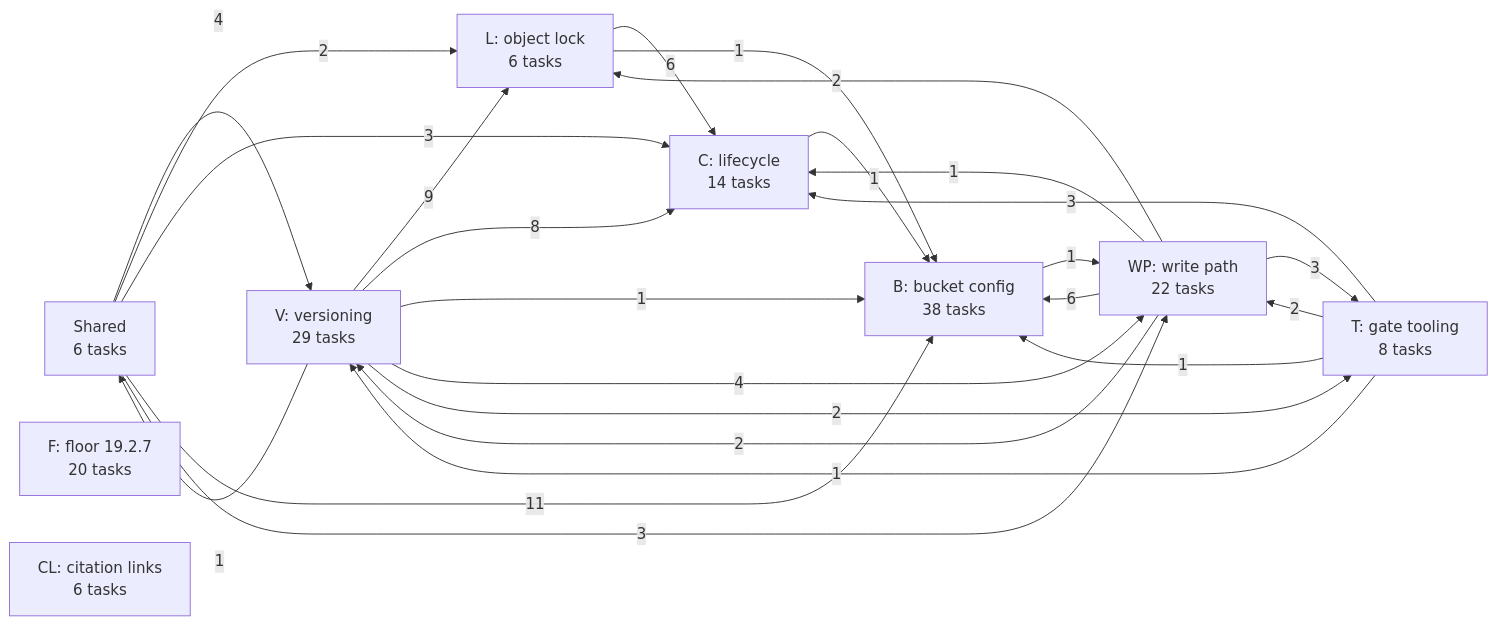
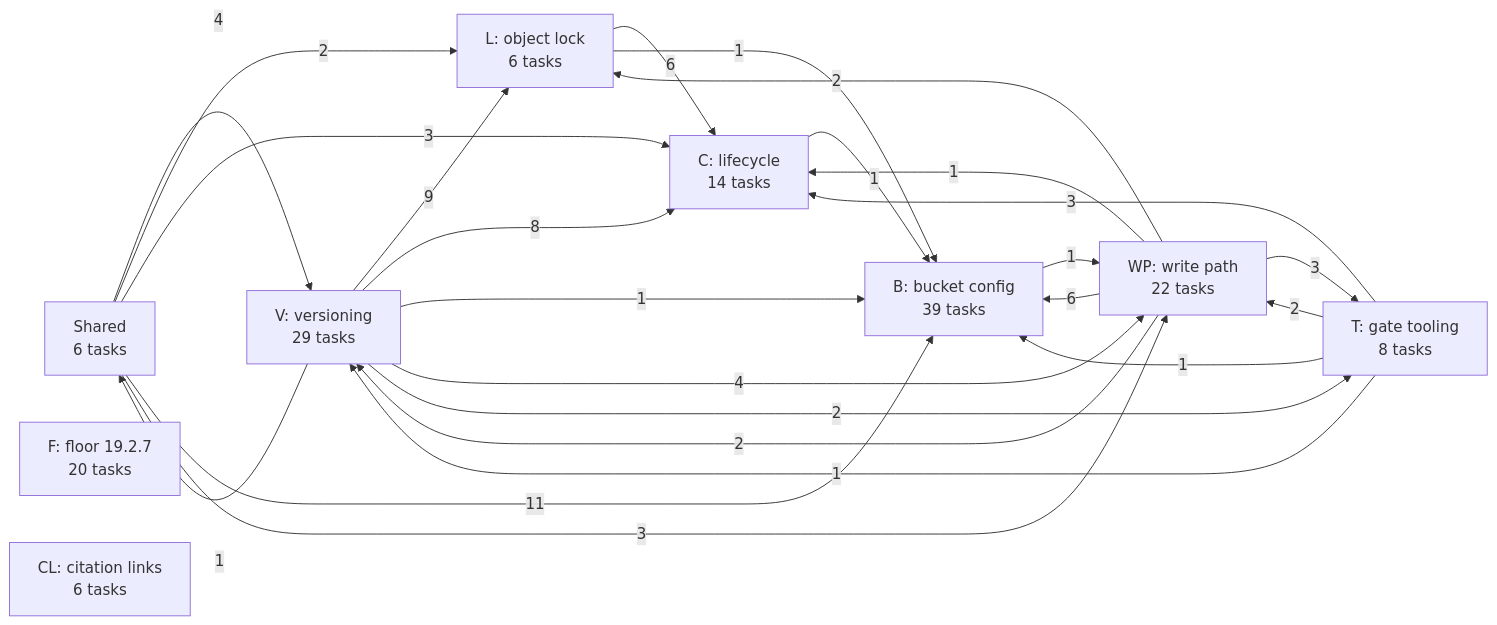
Before and after one commit to jhoblitt/rgw-go: the first of 10 diagrams in docs/superpowers/plans/2026-10-13-phase-2/dependencies.md, drawn with Mermaid. The commit also changed other lines of this file, not shown here.

First line of the commit message:
docs(plan): regenerate the phase 2 dependency graph for BC-35

````diff
--- a/docs/superpowers/plans/2026-10-13-phase-2/dependencies.md
+++ b/docs/superpowers/plans/2026-10-13-phase-2/dependencies.md
@@ -13,36 +13,36 @@
 ```mermaid
 flowchart LR
   u_S["Shared<br/>6 tasks"]
   u_F["F: floor 19.2.7<br/>20 tasks"]
   u_V["V: versioning<br/>29 tasks"]
   u_L["L: object lock<br/>6 tasks"]
   u_C["C: lifecycle<br/>14 tasks"]
-  u_B["B: bucket config<br/>38 tasks"]
+  u_B["B: bucket config<br/>39 tasks"]
   u_WP["WP: write path<br/>22 tasks"]
   u_T["T: gate tooling<br/>8 tasks"]
   u_CL["CL: citation links<br/>6 tasks"]
   u_S -->|4| u_V
   u_S -->|2| u_L
   u_S -->|3| u_C
   u_S -->|11| u_B
   u_S -->|3| u_WP
   u_V -->|1| u_S
   u_V -->|9| u_L
   u_V -->|8| u_C
   u_V -->|1| u_B
   u_V -->|4| u_WP
   u_V -->|2| u_T
   u_L -->|6| u_C
   u_L -->|1| u_B
   u_C -->|1| u_B
   u_B -->|1| u_WP
   u_WP -->|2| u_V
   u_WP -->|2| u_L
   u_WP -->|1| u_C
   u_WP -->|6| u_B
   u_WP -->|3| u_T
   u_T -->|1| u_V
   u_T -->|3| u_C
   u_T -->|1| u_B
   u_T -->|2| u_WP
 ```
````
